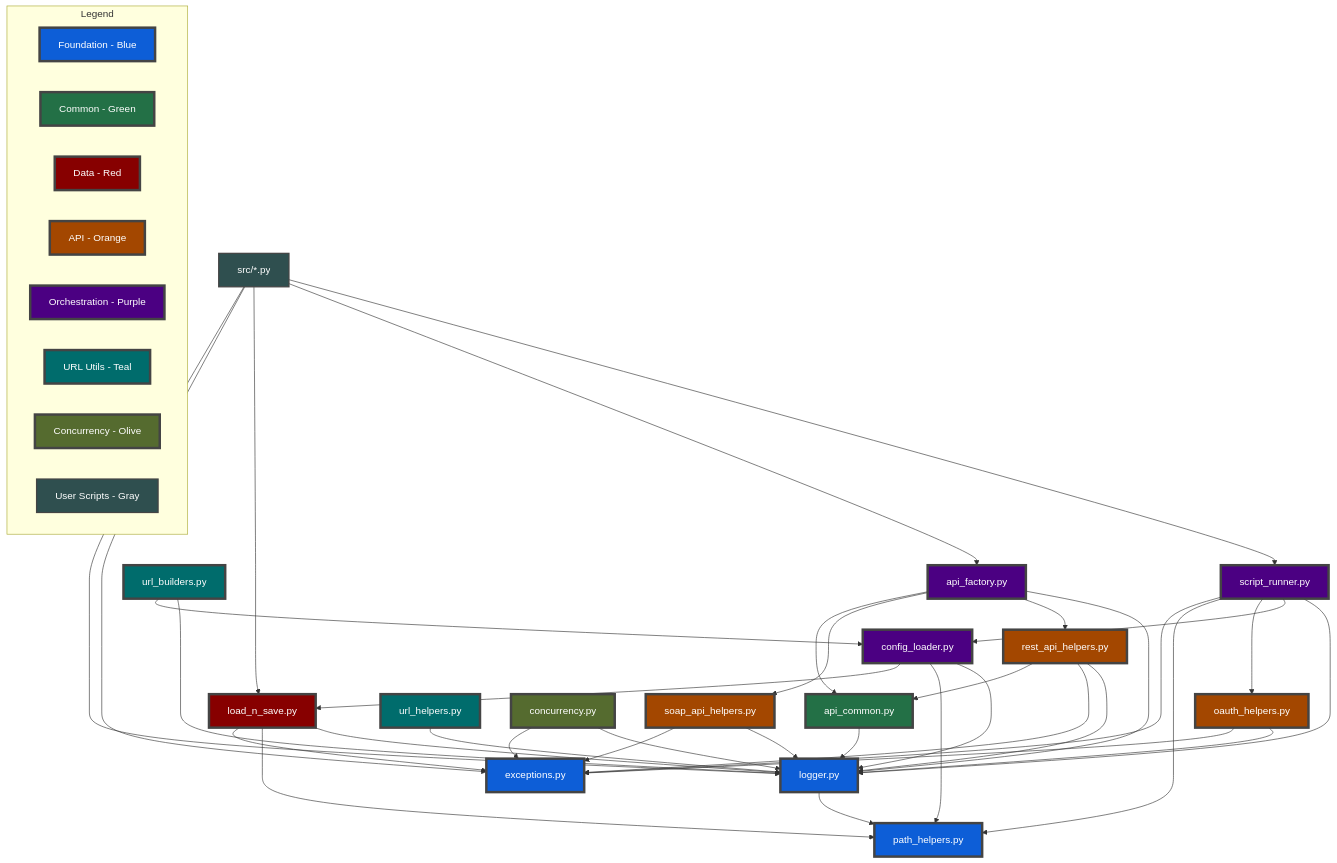
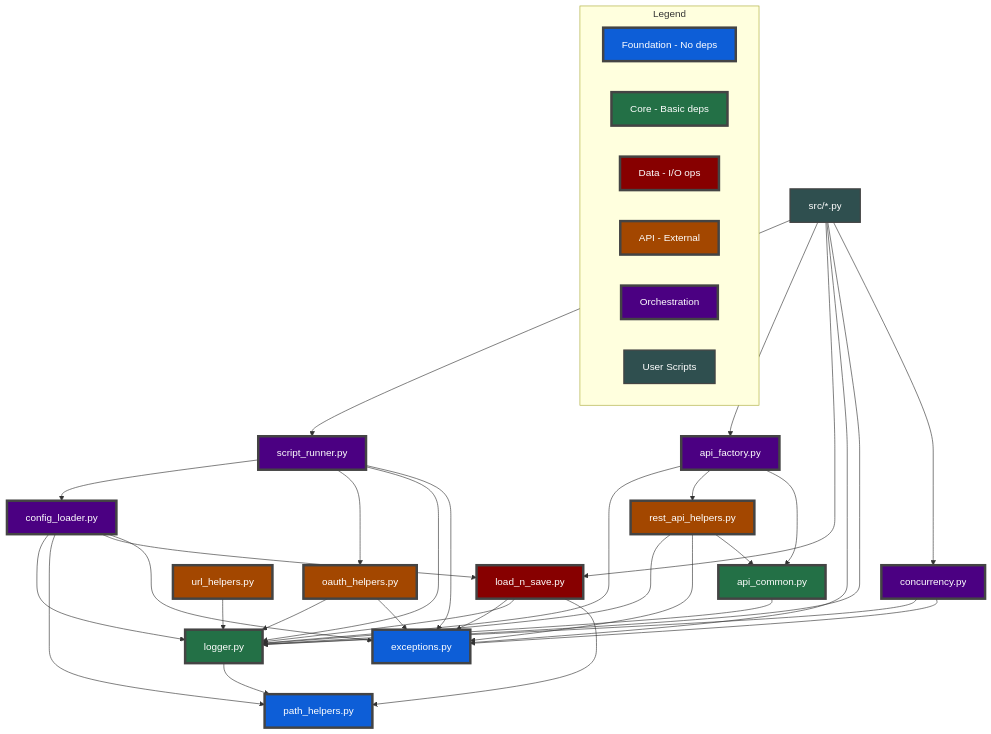
One commit to tentixo/txo-python-template changed the first of 4 diagrams in module-dependency-diagram.md. Above: the diagram before and after it, drawn with Mermaid. The commit also changed other lines of this file and 15 other files, not shown here.

````diff
--- a/module-dependency-diagram.md
+++ b/module-dependency-diagram.md
@@ -5,56 +35,46 @@
 ```mermaid
 graph TD
-    %% Dark theme color palette with white text
-    classDef ORG    fill:#0D5ED7,stroke:#444,stroke-width:4px,color:#fff
-    classDef I      fill:#237046,stroke:#444,stroke-width:4px,color:#fff
-    classDef P      fill:#870000,stroke:#444,stroke-width:4px,color:#fff
-    classDef R      fill:#4B0082,stroke:#444,stroke-width:4px,color:#fff
-    classDef O      fill:#A34700,stroke:#444,stroke-width:4px,color:#fff
-    classDef C      fill:#2F4F4F,stroke:#444,stroke-width:2px,color:#fff
-    classDef extra1 fill:#006C6C,stroke:#444,stroke-width:4px,color:#fff
-    classDef extra2 fill:#556B2F,stroke:#444,stroke-width:4px,color:#fff
-    classDef extra3 fill:#8B008B,stroke:#444,stroke-width:4px,color:#fff
-    classDef extra4 fill:#696969,stroke:#444,stroke-width:4px,color:#fff
+    %% Color scheme for different layers
+    classDef foundation fill:#0D5ED7,stroke:#444,stroke-width:4px,color:#fff
+    classDef core fill:#237046,stroke:#444,stroke-width:4px,color:#fff
+    classDef data fill:#870000,stroke:#444,stroke-width:4px,color:#fff
+    classDef api fill:#A34700,stroke:#444,stroke-width:4px,color:#fff
+    classDef orchestration fill:#4B0082,stroke:#444,stroke-width:4px,color:#fff
+    classDef user fill:#2F4F4F,stroke:#444,stroke-width:2px,color:#fff
 
-    %% Foundation Layer (ORG - Blue)
-    exceptions[exceptions.py]:::ORG
-    logger[logger.py]:::ORG
-    path_helpers[path_helpers.py]:::ORG
+    %% Foundation Layer (Blue)
+    exceptions[exceptions.py]:::foundation
+    path_helpers[path_helpers.py]:::foundation
     
-    %% Common Utilities (I - Green)
-    api_common[api_common.py]:::I
+    %% Core Services (Green)
+    logger[logger.py]:::core
+    api_common[api_common.py]:::core
     
-    %% Data Layer (P - Red)
-    load_n_save[load_n_save.py]:::P
+    %% Data Layer (Red)
+    load_n_save[load_n_save.py]:::data
     
-    %% API Implementation (O - Brown/Orange)
-    rest_api_helpers[rest_api_helpers.py]:::O
-    soap_api_helpers[soap_api_helpers.py]:::O
-    oauth_helpers[oauth_helpers.py]:::O
+    %% API Implementation (Orange)
+    rest_api_helpers[rest_api_helpers.py]:::api
+    oauth_helpers[oauth_helpers.py]:::api
+    url_helpers[url_helpers.py]:::api
     
-    %% Orchestration (R - Purple)
-    api_factory[api_factory.py]:::R
-    config_loader[config_loader.py]:::R
-    script_runner[script_runner.py]:::R
+    %% Orchestration (Purple)
+    config_loader[config_loader.py]:::orchestration
+    api_factory[api_factory.py]:::orchestration
+    script_runner[script_runner.py]:::orchestration
+    concurrency[concurrency.py]:::orchestration
     
-    %% URL Utilities (extra1 - Teal)
-    url_helpers[url_helpers.py]:::extra1
-    url_builders[url_builders.py]:::extra1
-    
-    %% Concurrency (extra2 - Olive)
-    concurrency[concurrency.py]:::extra2
-    
-    %% User Scripts (C - Dark Gray/Teal)
-    user_script[src/*.py]:::C
+    %% User Scripts (Gray)
+    user_script[src/*.py]:::user
     
     %% Dependencies
     logger --> path_helpers
     
     api_common --> logger
     
+    load_n_save --> exceptions
     load_n_save --> logger
     load_n_save --> path_helpers
-    load_n_save --> exceptions
     
     oauth_helpers --> logger
     oauth_helpers --> exceptions
@@ -63,30 +83,23 @@
     rest_api_helpers --> exceptions
     rest_api_helpers --> api_common
     
-    soap_api_helpers --> logger
-    soap_api_helpers --> exceptions
-    
     url_helpers --> logger
-    
-    url_builders --> logger
-    url_builders --> config_loader
     
     config_loader --> logger
     config_loader --> path_helpers
     config_loader --> load_n_save
+    config_loader --> exceptions
     
     api_factory --> logger
     api_factory --> rest_api_helpers
-    api_factory --> soap_api_helpers
     api_factory --> api_common
     
     concurrency --> logger
     concurrency --> exceptions
     
-    script_runner --> logger
     script_runner --> config_loader
     script_runner --> oauth_helpers
-    script_runner --> path_helpers
+    script_runner --> logger
     script_runner --> exceptions
     
     user_script --> script_runner
@@ -94,16 +107,15 @@
     user_script --> load_n_save
     user_script --> exceptions
     user_script --> logger
+    user_script --> concurrency
 
-    %% Add legend
+    %% Legend
     subgraph Legend
-        L1[Foundation - Blue]:::ORG
-        L2[Common - Green]:::I
-        L3[Data - Red]:::P
-        L4[API - Orange]:::O
-        L5[Orchestration - Purple]:::R
-        L6[URL Utils - Teal]:::extra1
-        L7[Concurrency - Olive]:::extra2
-        L8[User Scripts - Gray]:::C
+        L1[Foundation - No deps]:::foundation
+        L2[Core - Basic deps]:::core
+        L3[Data - I/O ops]:::data
+        L4[API - External]:::api
+        L5[Orchestration]:::orchestration
+        L6[User Scripts]:::user
     end
 ```
````
